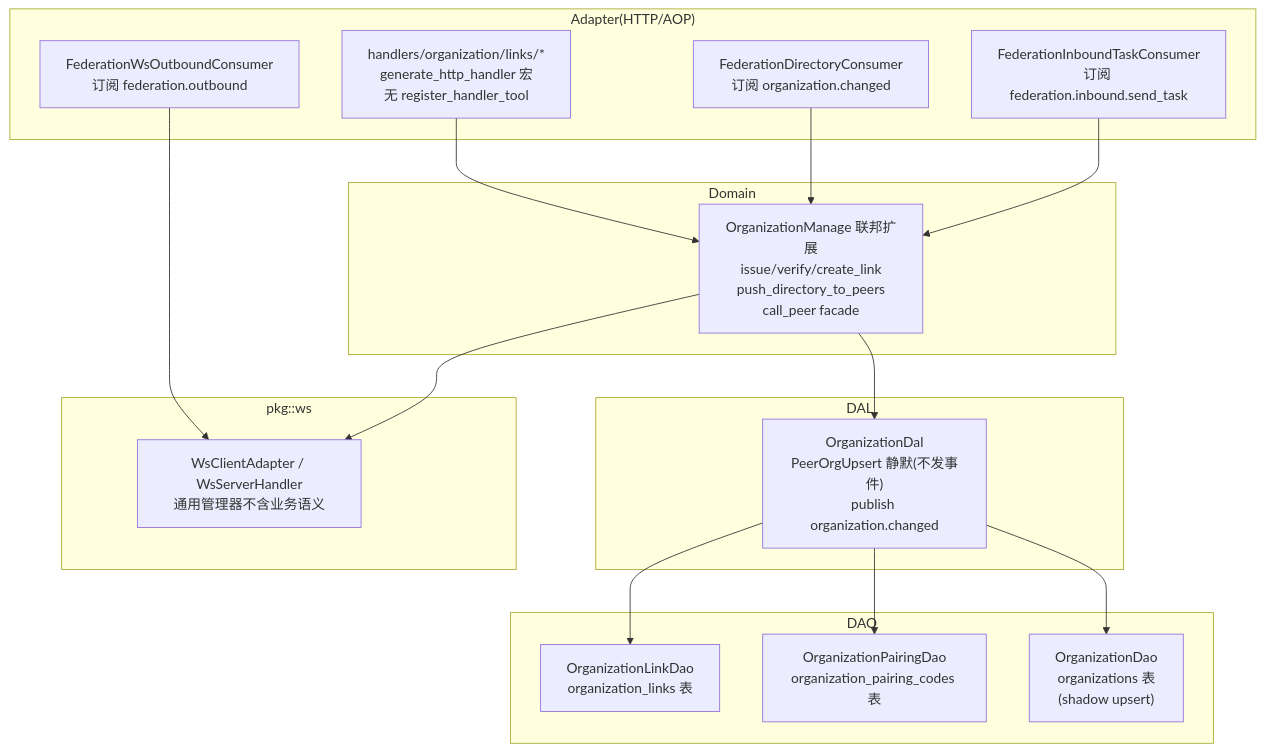
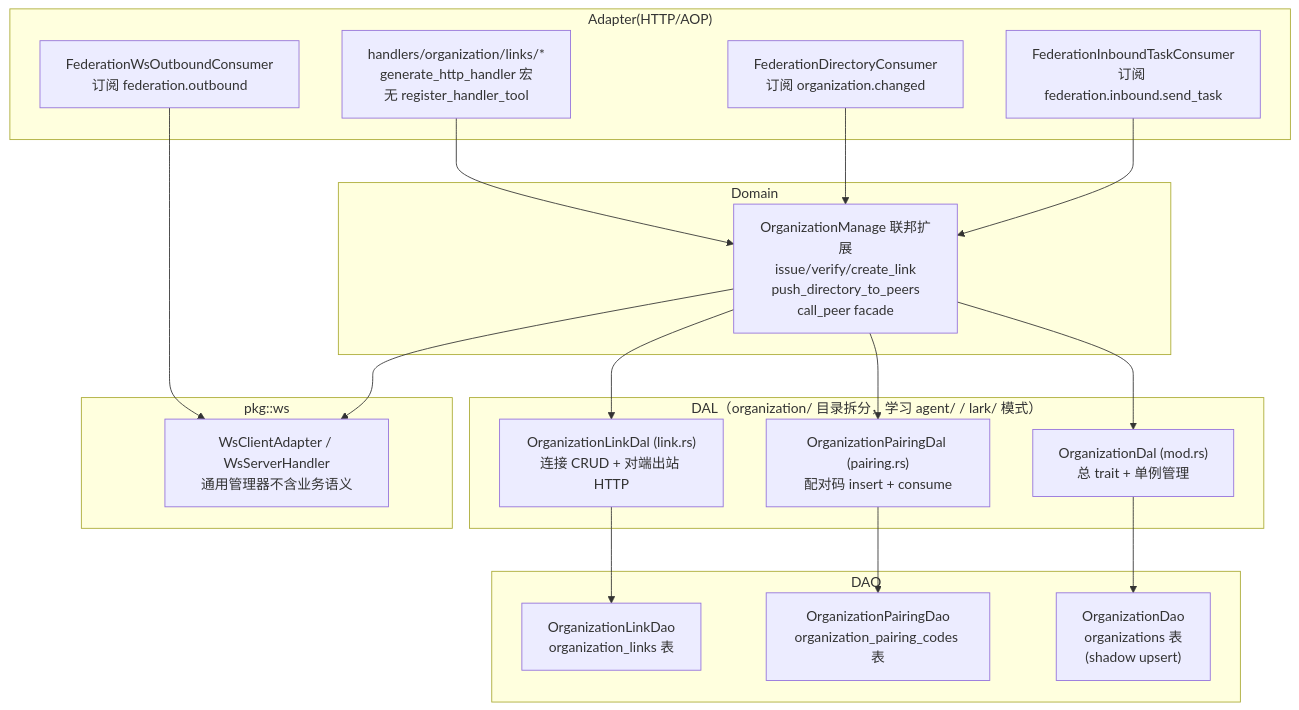
One commit to runningcoders/ai_orz changed the diagram in docs/wiki/knowledge/zh/联邦组网地基：scope 三态 + organization_links + pairing_code + 目录同步 + WS 长连接/联邦组网地基：scope 三态 + organization_links + pairing_code + 目录同步 + WS 长连接.md. Above: the diagram before and after it, drawn with Mermaid. The commit also changed other lines of this file and 11 other files, not shown here.

````diff
--- a/docs/wiki/knowledge/zh/联邦组网地基：scope 三态 + organization_links + pairing_code + 目录同步 + WS 长连接/联邦组网地基：scope 三态 + organization_links + pairing_code + 目录同步 + WS 长连接.md
+++ b/docs/wiki/knowledge/zh/联邦组网地基：scope 三态 + organization_links + pairing_code + 目录同步 + WS 长连接/联邦组网地基：scope 三态 + organization_links + pairing_code + 目录同步 + WS 长连接.md
@@ -96,32 +104,36 @@
 ```mermaid
 graph TB
 subgraph "Adapter(HTTP/AOP)"
 H1["handlers/organization/links/*<br/>generate_http_handler 宏<br/>无 register_handler_tool"]
 H2["FederationDirectoryConsumer<br/>订阅 organization.changed"]
 H3["FederationWsOutboundConsumer<br/>订阅 federation.outbound"]
 H4["FederationInboundTaskConsumer<br/>订阅 federation.inbound.send_task"]
 end
 subgraph "Domain"
 D["OrganizationManage 联邦扩展<br/>issue/verify/create_link<br/>push_directory_to_peers<br/>call_peer facade"]
 end
-subgraph "DAL"
-L["OrganizationDal<br/>PeerOrgUpsert 静默(不发事件)<br/>publish organization.changed"]
+subgraph "DAL（organization/ 目录拆分，学习 agent/ / lark/ 模式）"
+L["OrganizationDal (mod.rs)<br/>总 trait + 单例管理"]
+LL["OrganizationLinkDal (link.rs)<br/>连接 CRUD + 对端出站 HTTP"]
+LP["OrganizationPairingDal (pairing.rs)<br/>配对码 insert + consume"]
 end
 subgraph "DAO"
 C1["OrganizationLinkDao<br/>organization_links 表"]
 C2["OrganizationPairingDao<br/>organization_pairing_codes 表"]
 C3["OrganizationDao<br/>organizations 表<br/>(shadow upsert)"]
 end
 subgraph "pkg::ws"
 WS["WsClientAdapter / WsServerHandler<br/>通用管理器不含业务语义"]
 end
 H1 --> D
 H2 --> D
 H3 --> WS
 H4 --> D
 D --> L
-L --> C1
-L --> C2
+D --> LL
+D --> LP
 L --> C3
+LL --> C1
+LP --> C2
 D --> WS
 ```
````
